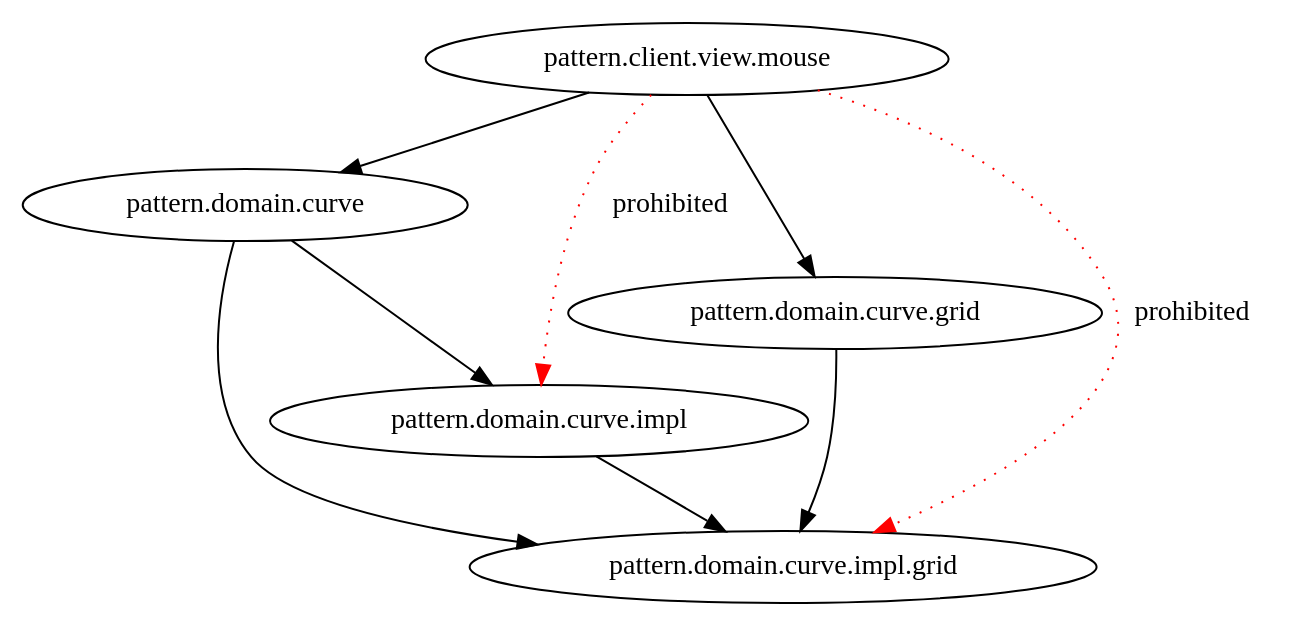
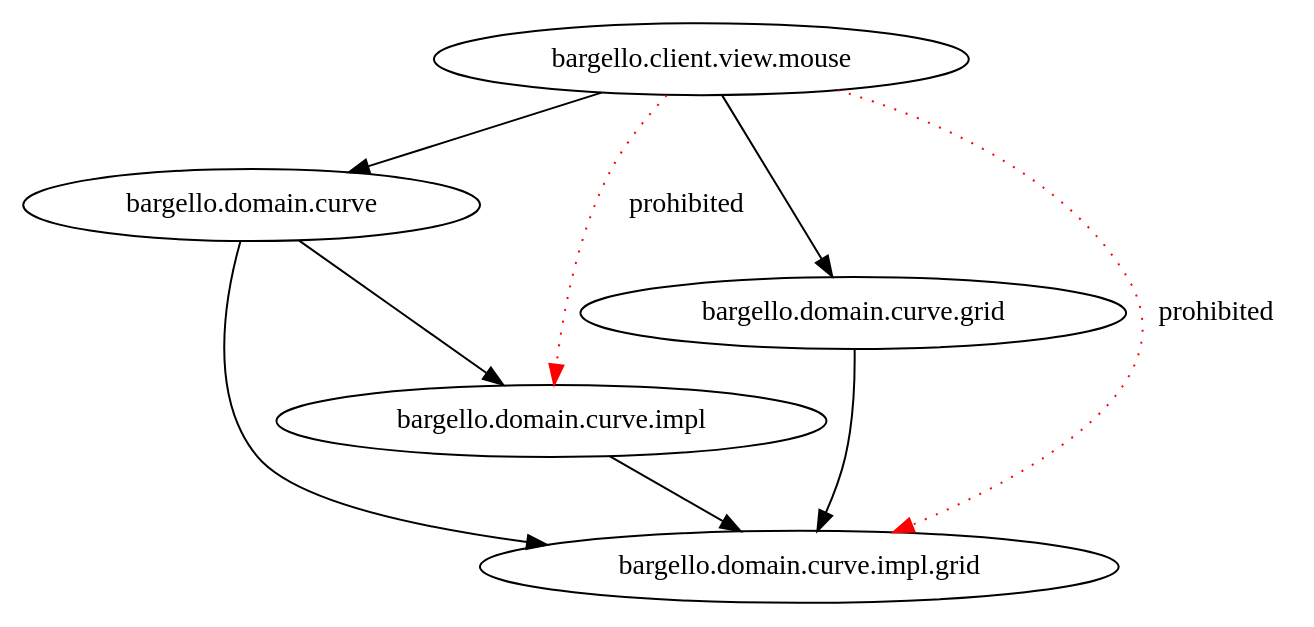
Before and after one commit to nicheware/clj-guidelines: the diagram in docs/graphviz/namespace-impl.dot, drawn with Graphviz. The commit also changed 23 other files, not shown here.

First line of the commit message:
[#160839227] - Initial diagrams and README.md

```diff
--- a/docs/graphviz/namespace-impl.dot
+++ b/docs/graphviz/namespace-impl.dot
@@ -1,22 +1,22 @@
 digraph X {
   rankdir="TB";
 
-  curve [label="pattern.domain.curve"]
-  grid [label="pattern.domain.curve.grid"]
-  impl [label="pattern.domain.curve.impl"]
-  implgrid [label="pattern.domain.curve.impl.grid"]
-  mouse [label="pattern.client.view.mouse"]
+  curve [label="bargello.domain.curve"]
+  grid [label="bargello.domain.curve.grid"]
+  impl [label="bargello.domain.curve.impl"]
+  implgrid [label="bargello.domain.curve.impl.grid"]
+  mouse [label="bargello.client.view.mouse"]
 
   subgraph bidir_event_bus_edges {
     edge [esep=10,style=dotted,color=red,label="prohibited"]
     mouse -> impl
     mouse -> implgrid
   }
 
   curve -> implgrid
   grid -> implgrid
   curve -> impl
   impl -> implgrid
   mouse -> curve
   mouse -> grid
 }
```
